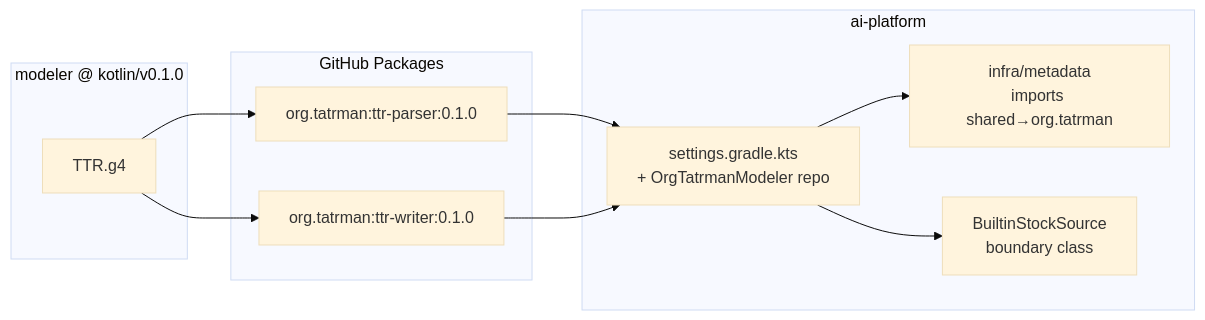
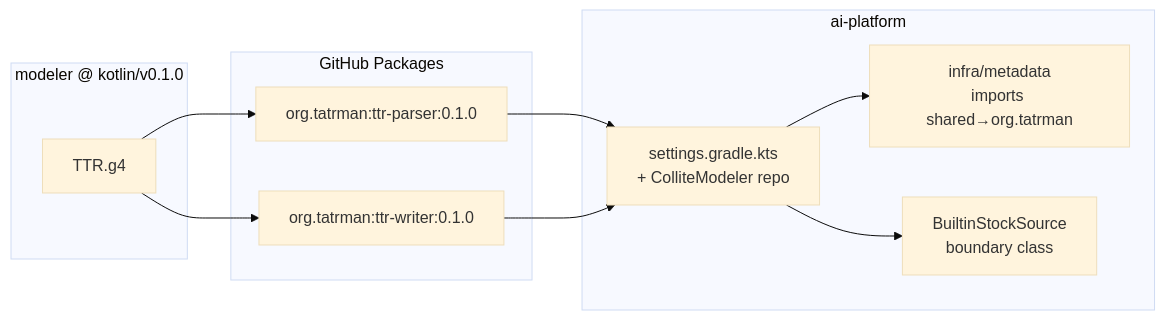
The fourth of 6 diagrams in docs/grammar-master/architecture.md (Collite/tatrman), drawn with Mermaid (base theme) before and after one commit. The commit also changed other lines of this file and 11 other files, not shown here.

````diff
--- a/docs/grammar-master/architecture.md
+++ b/docs/grammar-master/architecture.md
@@ -154,21 +154,21 @@
 ```mermaid
 flowchart LR
   subgraph modeler[modeler @ kotlin/v0.1.0]
     G[TTR.g4]
   end
   subgraph ghp[GitHub Packages]
     P[org.tatrman:ttr-parser:0.1.0]
     W[org.tatrman:ttr-writer:0.1.0]
   end
   subgraph aip[ai-platform]
-    SG[settings.gradle.kts<br/>+ OrgTatrmanModeler repo]
+    SG[settings.gradle.kts<br/>+ ColliteModeler repo]
     META[infra/metadata<br/>imports shared→org.tatrman]
     STOCK[BuiltinStockSource<br/>boundary class]
   end
   G --> P
   G --> W
   P --> SG
   W --> SG
   SG --> META
   SG --> STOCK
 ```
````
